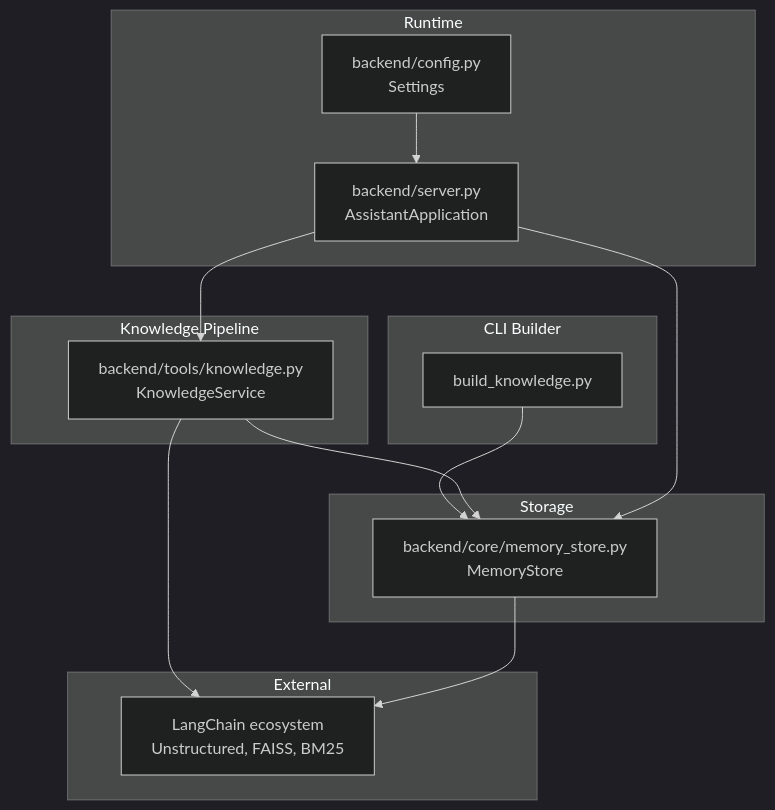
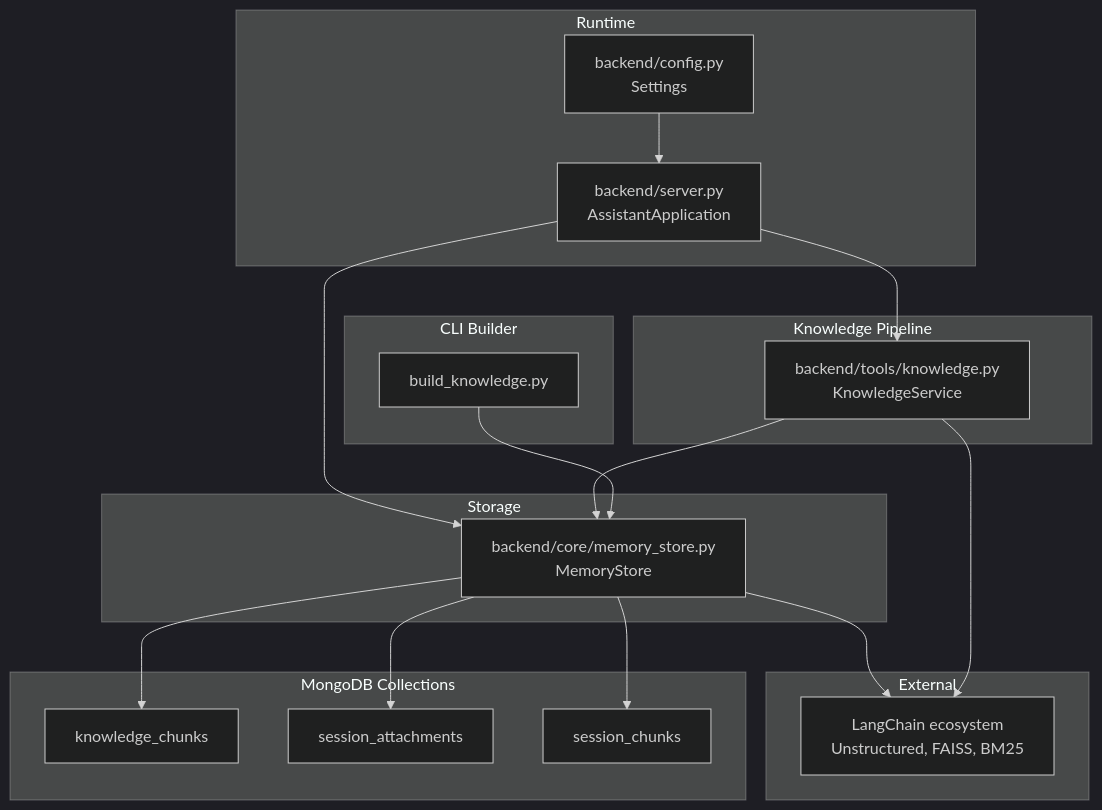
The first of 3 diagrams in .qoder/repowiki/en/content/Backend Components/Memory Management and Persistence/Knowledge Chunk Storage.md (Sovetsky-Soyuz/AI-Assistant), drawn with Mermaid (dark theme) before and after one commit. The commit also changed other lines of this file and 14 other files, not shown here.

````diff
--- a/.qoder/repowiki/en/content/Backend Components/Memory Management and Persistence/Knowledge Chunk Storage.md
+++ b/.qoder/repowiki/en/content/Backend Components/Memory Management and Persistence/Knowledge Chunk Storage.md
@@ -35,26 +46,34 @@
 ```mermaid
 graph TB
 subgraph "CLI Builder"
 BK["build_knowledge.py"]
 end
 subgraph "Knowledge Pipeline"
 KS["backend/tools/knowledge.py<br/>KnowledgeService"]
 end
 subgraph "Storage"
 MS["backend/core/memory_store.py<br/>MemoryStore"]
 end
 subgraph "Runtime"
 SRV["backend/server.py<br/>AssistantApplication"]
 CFG["backend/config.py<br/>Settings"]
 end
 subgraph "External"
 LC["LangChain ecosystem<br/>Unstructured, FAISS, BM25"]
 end
+subgraph "MongoDB Collections"
+KC["knowledge_chunks"]
+SA["session_attachments"]
+SC["session_chunks"]
+end
 BK --> MS
 KS --> MS
 SRV --> KS
 SRV --> MS
+MS --> KC
+MS --> SA
+MS --> SC
 KS --> LC
 MS --> LC
 CFG --> SRV
 ```
````
